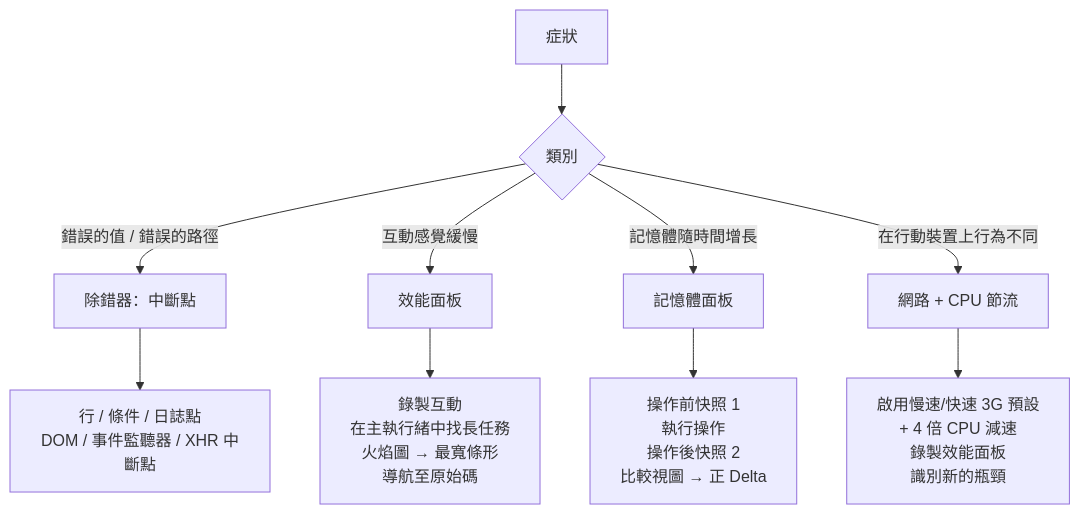
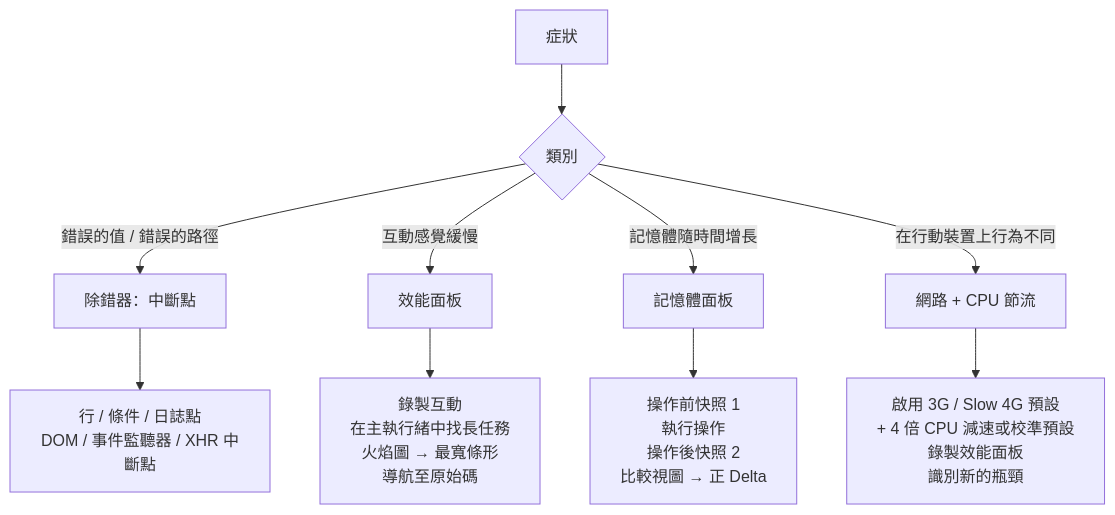
The diagram in docs/zh-tw/Developer Experience and Tooling/1608.md (alivedise/frontend-engineering-essentials), drawn with Mermaid before and after one commit. The commit also changed other lines of this file and 1 other file, not shown here.

````diff
--- a/docs/zh-tw/Developer Experience and Tooling/1608.md
+++ b/docs/zh-tw/Developer Experience and Tooling/1608.md
@@ -218,13 +26,13 @@
 ```mermaid
 flowchart TD
     A[症狀] --> B{類別}
     B -->|錯誤的值 / 錯誤的路徑| C[除錯器：中斷點]
     B -->|互動感覺緩慢| D[效能面板]
     B -->|記憶體隨時間增長| E[記憶體面板]
     B -->|在行動裝置上行為不同| F[網路 + CPU 節流]
 
     C --> C1[行 / 條件 / 日誌點\nDOM / 事件監聽器 / XHR 中斷點]
     D --> D1[錄製互動\n在主執行緒中找長任務\n火焰圖 → 最寬條形\n導航至原始碼]
     E --> E1[操作前快照 1\n執行操作\n操作後快照 2\n比較視圖 → 正 Delta]
-    F --> F1[啟用慢速/快速 3G 預設\n+ 4 倍 CPU 減速\n錄製效能面板\n識別新的瓶頸]
+    F --> F1[啟用 3G / Slow 4G 預設\n+ 4 倍 CPU 減速或校準預設\n錄製效能面板\n識別新的瓶頸]
 ```
````
